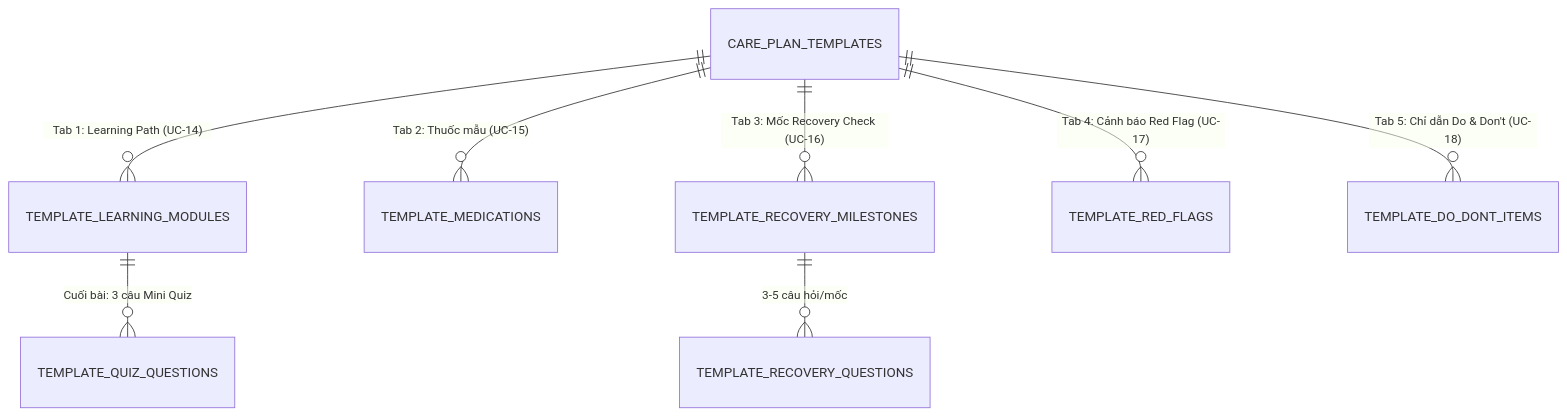
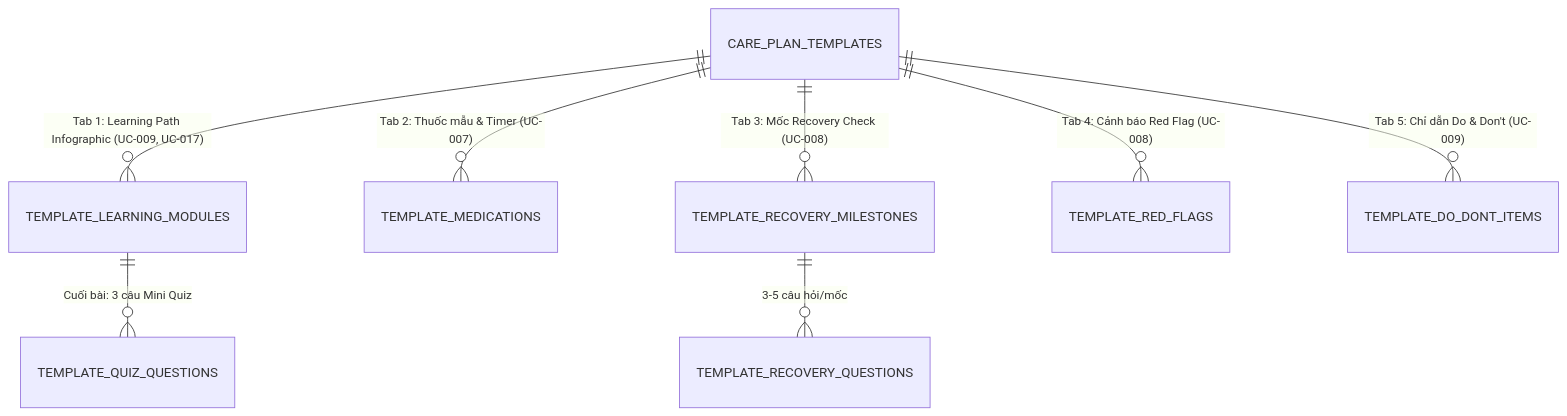
One commit to khangpd15/ba-learing-path changed the third of 4 diagrams in 02_ERD.md. Above: the diagram before and after it, drawn with Mermaid. The commit also changed other lines of this file and 8 other files, not shown here.

````diff
--- a/02_ERD.md
+++ b/02_ERD.md
@@ -376,10 +376,10 @@
 ```mermaid
 erDiagram
-    CARE_PLAN_TEMPLATES ||--o{ TEMPLATE_LEARNING_MODULES : "Tab 1: Learning Path (UC-14)"
+    CARE_PLAN_TEMPLATES ||--o{ TEMPLATE_LEARNING_MODULES : "Tab 1: Learning Path Infographic (UC-009, UC-017)"
     TEMPLATE_LEARNING_MODULES ||--o{ TEMPLATE_QUIZ_QUESTIONS : "Cuối bài: 3 câu Mini Quiz"
-    CARE_PLAN_TEMPLATES ||--o{ TEMPLATE_MEDICATIONS : "Tab 2: Thuốc mẫu (UC-15)"
-    CARE_PLAN_TEMPLATES ||--o{ TEMPLATE_RECOVERY_MILESTONES : "Tab 3: Mốc Recovery Check (UC-16)"
+    CARE_PLAN_TEMPLATES ||--o{ TEMPLATE_MEDICATIONS : "Tab 2: Thuốc mẫu & Timer (UC-007)"
+    CARE_PLAN_TEMPLATES ||--o{ TEMPLATE_RECOVERY_MILESTONES : "Tab 3: Mốc Recovery Check (UC-008)"
     TEMPLATE_RECOVERY_MILESTONES ||--o{ TEMPLATE_RECOVERY_QUESTIONS : "3-5 câu hỏi/mốc"
-    CARE_PLAN_TEMPLATES ||--o{ TEMPLATE_RED_FLAGS : "Tab 4: Cảnh báo Red Flag (UC-17)"
-    CARE_PLAN_TEMPLATES ||--o{ TEMPLATE_DO_DONT_ITEMS : "Tab 5: Chỉ dẫn Do & Don't (UC-18)"
+    CARE_PLAN_TEMPLATES ||--o{ TEMPLATE_RED_FLAGS : "Tab 4: Cảnh báo Red Flag (UC-008)"
+    CARE_PLAN_TEMPLATES ||--o{ TEMPLATE_DO_DONT_ITEMS : "Tab 5: Chỉ dẫn Do & Don't (UC-009)"
 ```
````
